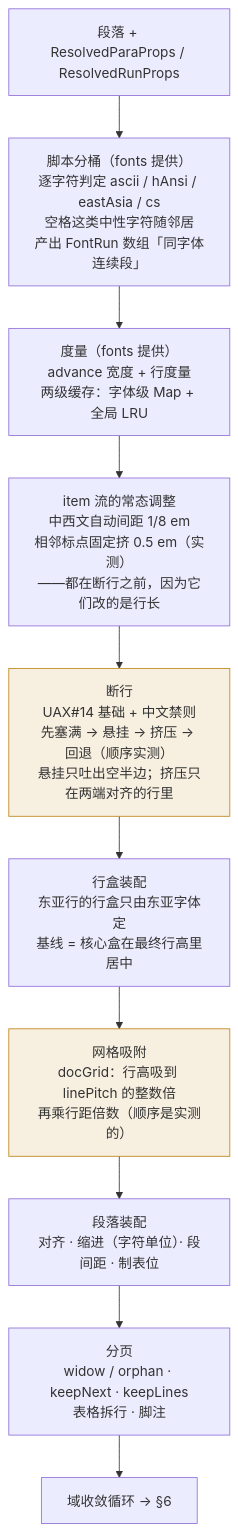
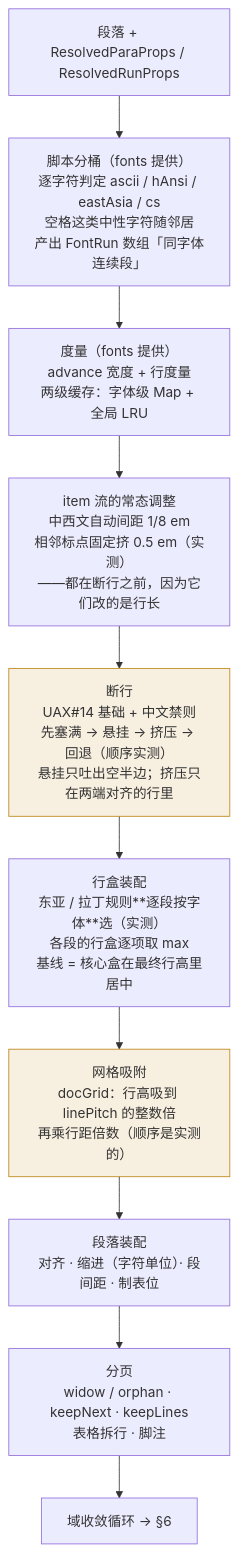
The fourth of 7 diagrams in docs/architecture.md (shedan9/ultimate-word-js), drawn with Mermaid before and after one commit. The commit also changed other lines of this file and 17 other files, not shown here.

````diff
--- a/docs/architecture.md
+++ b/docs/architecture.md
@@ -263,16 +263,16 @@
 ```mermaid
 flowchart TB
   A["段落 + ResolvedParaProps / ResolvedRunProps"] --> B
   B["脚本分桶（fonts 提供）<br/>逐字符判定 ascii / hAnsi / eastAsia / cs<br/>空格这类中性字符随邻居<br/>产出 FontRun 数组「同字体连续段」"] --> C
   C["度量（fonts 提供）<br/>advance 宽度 + 行度量<br/>两级缓存：字体级 Map + 全局 LRU"] --> C2
   C2["item 流的常态调整<br/>中西文自动间距 1/8 em<br/>相邻标点固定挤 0.5 em（实测）<br/>——都在断行之前，因为它们改的是行长"] --> D
   D["断行<br/>UAX#14 基础 + 中文禁则<br/>先塞满 → 悬挂 → 挤压 → 回退（顺序实测）<br/>悬挂只吐出空半边；挤压只在两端对齐的行里"] --> E
-  E["行盒装配<br/>东亚行的行盒只由东亚字体定<br/>基线 = 核心盒在最终行高里居中"] --> F
+  E["行盒装配<br/>东亚 / 拉丁规则**逐段按字体**选（实测）<br/>各段的行盒逐项取 max<br/>基线 = 核心盒在最终行高里居中"] --> F
   F["网格吸附<br/>docGrid：行高吸到 linePitch 的整数倍<br/>再乘行距倍数（顺序是实测的）"] --> G
   G["段落装配<br/>对齐 · 缩进（字符单位）· 段间距 · 制表位"] --> H
   H["分页<br/>widow / orphan · keepNext · keepLines<br/>表格拆行 · 脚注"] --> I
   I["域收敛循环 → §6"]
 
   style D fill:#bf871922,stroke:#bf8719
   style F fill:#bf871922,stroke:#bf8719
 ```
````
